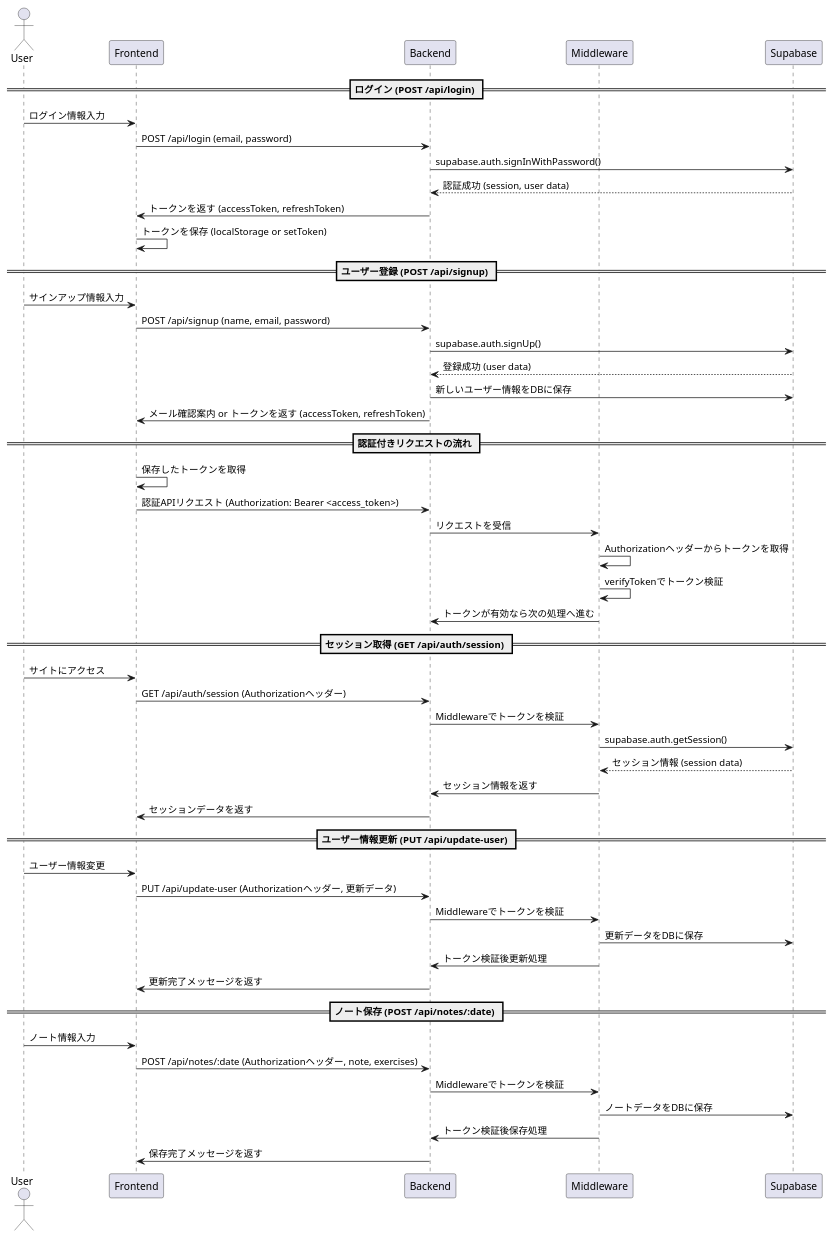
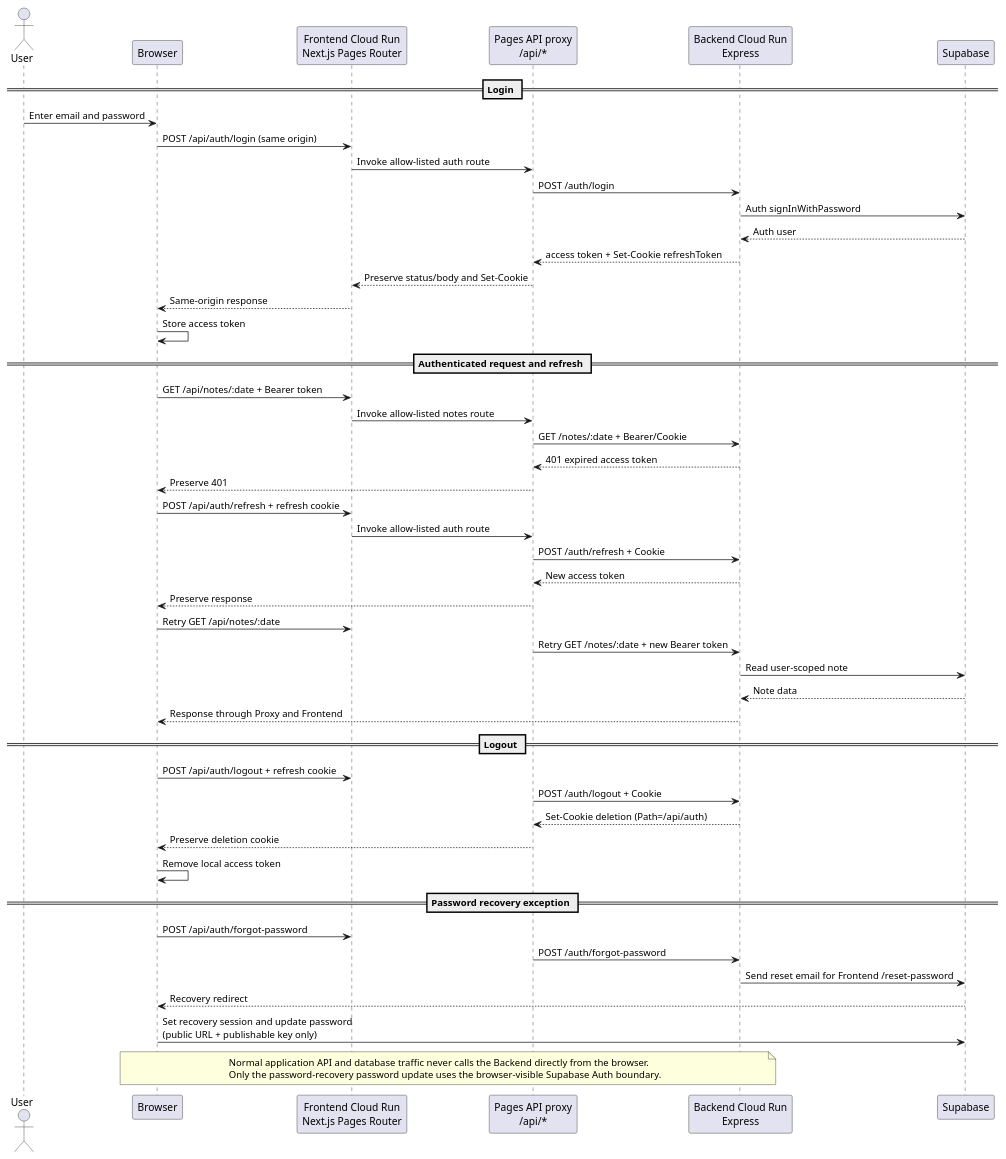
Before and after one commit to tyosu131/Workout-Journal: the diagram in docs/sequence_diagram.puml, drawn with PlantUML. The commit also changed 65 other files, not shown here.

Commit message:
feat: prepare Cloud Run production deployment

```diff
--- a/docs/sequence_diagram.puml
+++ b/docs/sequence_diagram.puml
@@ -1,56 +1,56 @@
-@startuml mydiagram
+@startuml workout_journal_production
 actor User
-participant Frontend
-participant Backend
-participant Middleware
+participant Browser
+participant "Frontend Cloud Run\nNext.js Pages Router" as Frontend
+participant "Pages API proxy\n/api/*" as Proxy
+participant "Backend Cloud Run\nExpress" as Backend
 participant Supabase
 
-== ログイン (POST /api/login) ==
-User -> Frontend : ログイン情報入力
-Frontend -> Backend : POST /api/login (email, password)
-Backend -> Supabase : supabase.auth.signInWithPassword()
-Supabase --> Backend : 認証成功 (session, user data)
-Backend -> Frontend : トークンを返す (accessToken, refreshToken)
-Frontend -> Frontend : トークンを保存 (localStorage or setToken)
+== Login ==
+User -> Browser : Enter email and password
+Browser -> Frontend : POST /api/auth/login (same origin)
+Frontend -> Proxy : Invoke allow-listed auth route
+Proxy -> Backend : POST /auth/login
+Backend -> Supabase : Auth signInWithPassword
+Supabase --> Backend : Auth user
+Backend --> Proxy : access token + Set-Cookie refreshToken
+Proxy --> Frontend : Preserve status/body and Set-Cookie
+Frontend --> Browser : Same-origin response
+Browser -> Browser : Store access token
 
-== ユーザー登録 (POST /api/signup) ==
-User -> Frontend : サインアップ情報入力
-Frontend -> Backend : POST /api/signup (name, email, password)
-Backend -> Supabase : supabase.auth.signUp()
-Supabase --> Backend : 登録成功 (user data)
-Backend -> Supabase : 新しいユーザー情報をDBに保存
-Backend -> Frontend : メール確認案内 or トークンを返す (accessToken, refreshToken)
+== Authenticated request and refresh ==
+Browser -> Frontend : GET /api/notes/:date + Bearer token
+Frontend -> Proxy : Invoke allow-listed notes route
+Proxy -> Backend : GET /notes/:date + Bearer/Cookie
+Backend --> Proxy : 401 expired access token
+Proxy --> Browser : Preserve 401
+Browser -> Frontend : POST /api/auth/refresh + refresh cookie
+Frontend -> Proxy : Invoke allow-listed auth route
+Proxy -> Backend : POST /auth/refresh + Cookie
+Backend --> Proxy : New access token
+Proxy --> Browser : Preserve response
+Browser -> Frontend : Retry GET /api/notes/:date
+Proxy -> Backend : Retry GET /notes/:date + new Bearer token
+Backend -> Supabase : Read user-scoped note
+Supabase --> Backend : Note data
+Backend --> Browser : Response through Proxy and Frontend
 
-== 認証付きリクエストの流れ ==
-Frontend -> Frontend : 保存したトークンを取得
-Frontend -> Backend : 認証APIリクエスト (Authorization: Bearer <access_token>)
-Backend -> Middleware : リクエストを受信
-Middleware -> Middleware : Authorizationヘッダーからトークンを取得
-Middleware -> Middleware : verifyTokenでトークン検証
-Middleware -> Backend : トークンが有効なら次の処理へ進む
+== Logout ==
+Browser -> Frontend : POST /api/auth/logout + refresh cookie
+Proxy -> Backend : POST /auth/logout + Cookie
+Backend --> Proxy : Set-Cookie deletion (Path=/api/auth)
+Proxy --> Browser : Preserve deletion cookie
+Browser -> Browser : Remove local access token
 
-== セッション取得 (GET /api/auth/session) ==
-User -> Frontend : サイトにアクセス
-Frontend -> Backend : GET /api/auth/session (Authorizationヘッダー)
-Backend -> Middleware : Middlewareでトークンを検証
-Middleware -> Supabase : supabase.auth.getSession()
-Supabase --> Middleware : セッション情報 (session data)
-Middleware -> Backend : セッション情報を返す
-Backend -> Frontend : セッションデータを返す
+== Password recovery exception ==
+Browser -> Frontend : POST /api/auth/forgot-password
+Proxy -> Backend : POST /auth/forgot-password
+Backend -> Supabase : Send reset email for Frontend /reset-password
+Supabase --> Browser : Recovery redirect
+Browser -> Supabase : Set recovery session and update password\n(public URL + publishable key only)
 
-== ユーザー情報更新 (PUT /api/update-user) ==
-User -> Frontend : ユーザー情報変更
-Frontend -> Backend : PUT /api/update-user (Authorizationヘッダー, 更新データ)
-Backend -> Middleware : Middlewareでトークンを検証
-Middleware -> Supabase : 更新データをDBに保存
-Middleware -> Backend : トークン検証後更新処理
-Backend -> Frontend : 更新完了メッセージを返す
-
-== ノート保存 (POST /api/notes/:date) ==
-User -> Frontend : ノート情報入力
-Frontend -> Backend : POST /api/notes/:date (Authorizationヘッダー, note, exercises)
-Backend -> Middleware : Middlewareでトークンを検証
-Middleware -> Supabase : ノートデータをDBに保存
-Middleware -> Backend : トークン検証後保存処理
-Backend -> Frontend : 保存完了メッセージを返す
+note over Browser,Backend
+Normal application API and database traffic never calls the Backend directly from the browser.
+Only the password-recovery password update uses the browser-visible Supabase Auth boundary.
+end note
 @enduml
```
